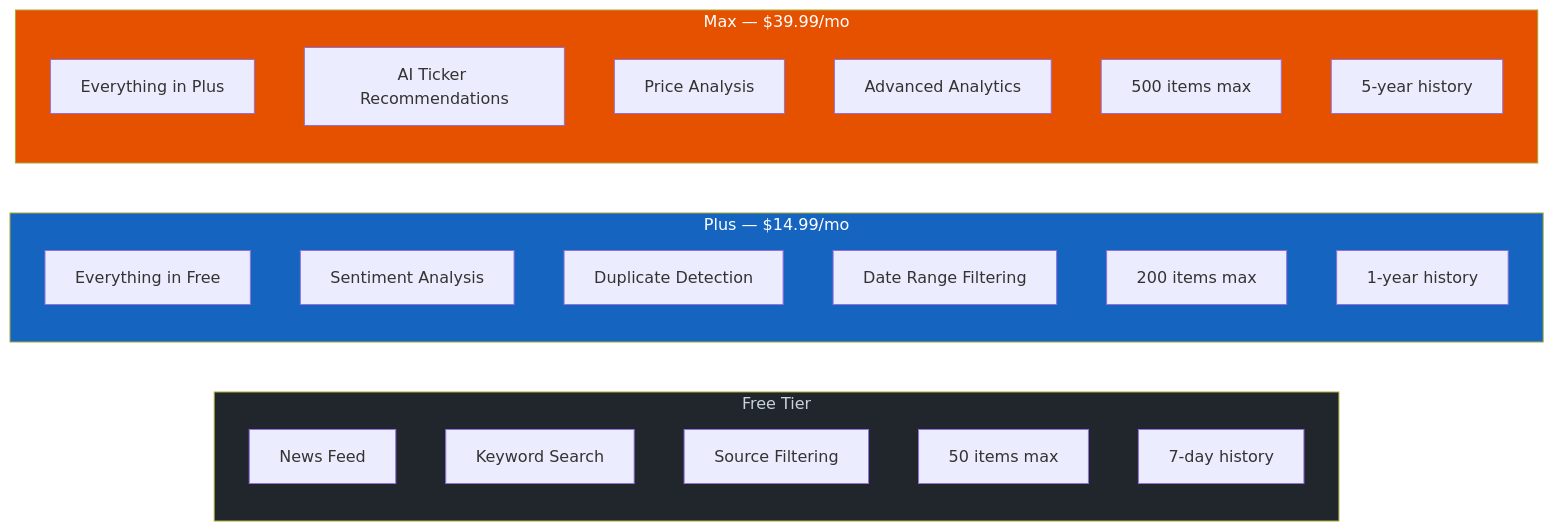
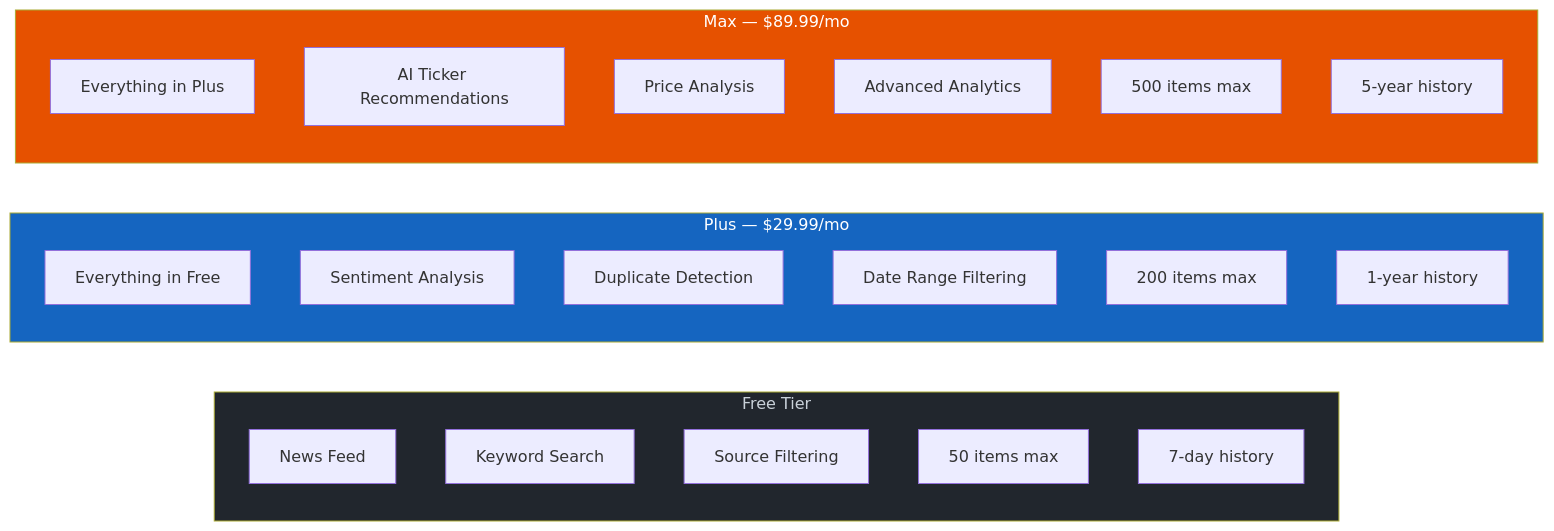
One commit to haotianteng/InstantNews changed the diagram in wiki/User-Manual:-Getting-Started.md. Above: the diagram before and after it, drawn with Mermaid. The commit also changed 51 other files, not shown here.

````diff
--- a/wiki/User-Manual:-Getting-Started.md
+++ b/wiki/User-Manual:-Getting-Started.md
@@ -25,32 +25,32 @@
 ```mermaid
 graph LR
     subgraph Free [Free Tier]
         F1[News Feed]
         F2[Keyword Search]
         F3[Source Filtering]
         F4[50 items max]
         F5[7-day history]
     end
 
-    subgraph Plus [Plus — $14.99/mo]
+    subgraph Plus [Plus — $29.99/mo]
         P1[Everything in Free]
         P2[Sentiment Analysis]
         P3[Duplicate Detection]
         P4[Date Range Filtering]
         P5[200 items max]
         P6[1-year history]
     end
 
-    subgraph Max [Max — $39.99/mo]
+    subgraph Max [Max — $89.99/mo]
         M1[Everything in Plus]
         M2[AI Ticker Recommendations]
         M3[Price Analysis]
         M4[Advanced Analytics]
         M5[500 items max]
         M6[5-year history]
     end
 
     style Free fill:#21262d,color:#c9d1d9
     style Plus fill:#1565c0,color:#fff
     style Max fill:#e65100,color:#fff
 ```
````
